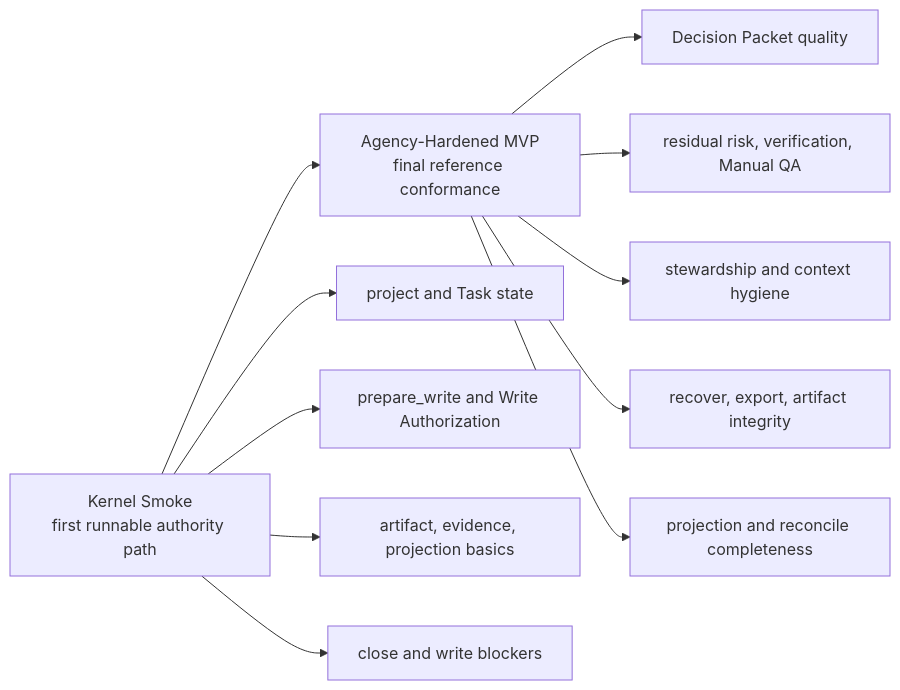
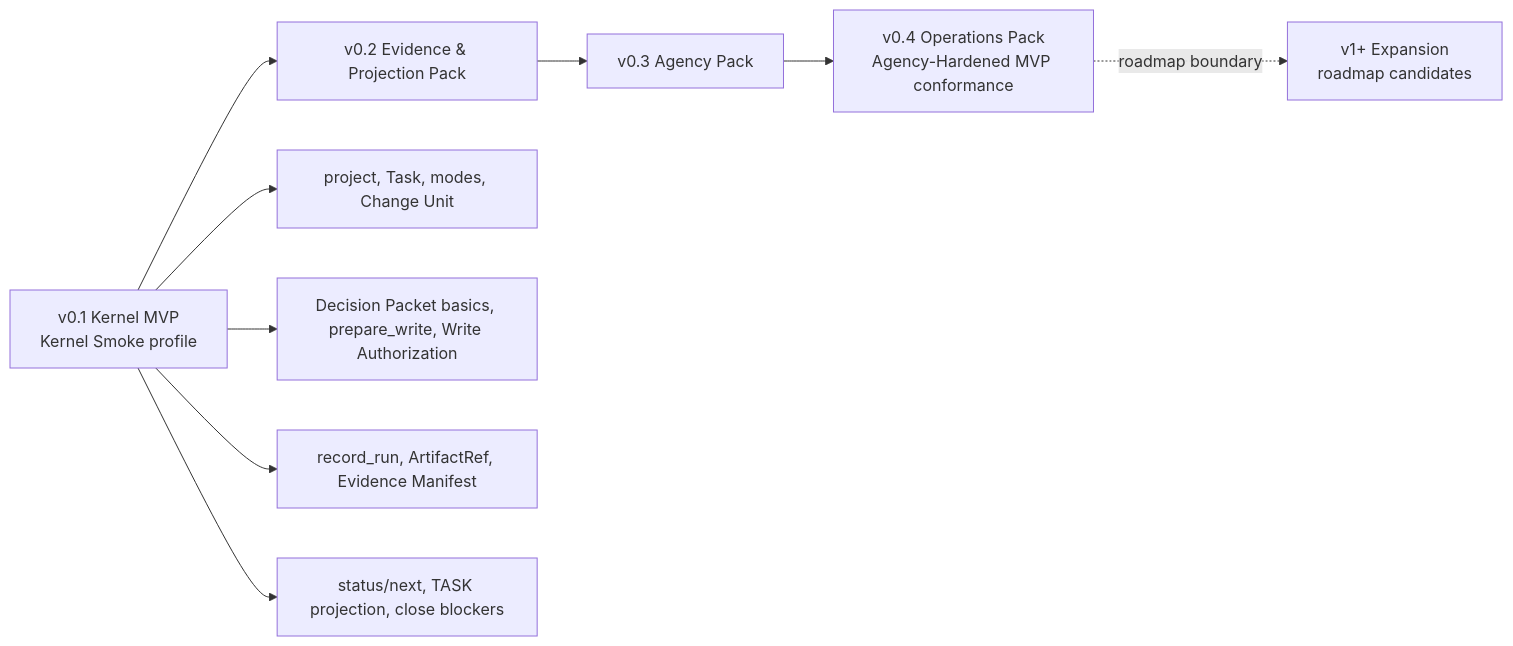
One commit to minjungw00/Harness_Project changed the second of 14 diagrams in docs/en/reference/operations-and-conformance.md. Above: the diagram before and after it, drawn with Mermaid. The commit also changed other lines of this file and 19 other files, not shown here.

Commit message:
docs: split MVP into kernel and agency packs

````diff
--- a/docs/en/reference/operations-and-conformance.md
+++ b/docs/en/reference/operations-and-conformance.md
@@ -144,13 +144,11 @@
 ```mermaid
 flowchart LR
-  Kernel["Kernel Smoke<br/>first runnable authority path"] --> Harden["Agency-Hardened MVP<br/>final reference conformance"]
-  Kernel --> K1["project and Task state"]
-  Kernel --> K2["prepare_write and Write Authorization"]
-  Kernel --> K3["artifact, evidence, projection basics"]
-  Kernel --> K4["close and write blockers"]
-  Harden --> H1["Decision Packet quality"]
-  Harden --> H2["residual risk, verification, Manual QA"]
-  Harden --> H3["stewardship and context hygiene"]
-  Harden --> H4["recover, export, artifact integrity"]
-  Harden --> H5["projection and reconcile completeness"]
+  Kernel["v0.1 Kernel MVP<br/>Kernel Smoke profile"] --> Evidence["v0.2 Evidence & Projection Pack"]
+  Evidence --> Agency["v0.3 Agency Pack"]
+  Agency --> Ops["v0.4 Operations Pack<br/>Agency-Hardened MVP conformance"]
+  Ops -. "roadmap boundary" .-> Expansion["v1+ Expansion<br/>roadmap candidates"]
+  Kernel --> K1["project, Task, modes, Change Unit"]
+  Kernel --> K2["Decision Packet basics, prepare_write, Write Authorization"]
+  Kernel --> K3["record_run, ArtifactRef, Evidence Manifest"]
+  Kernel --> K4["status/next, TASK projection, close blockers"]
 ```
````
